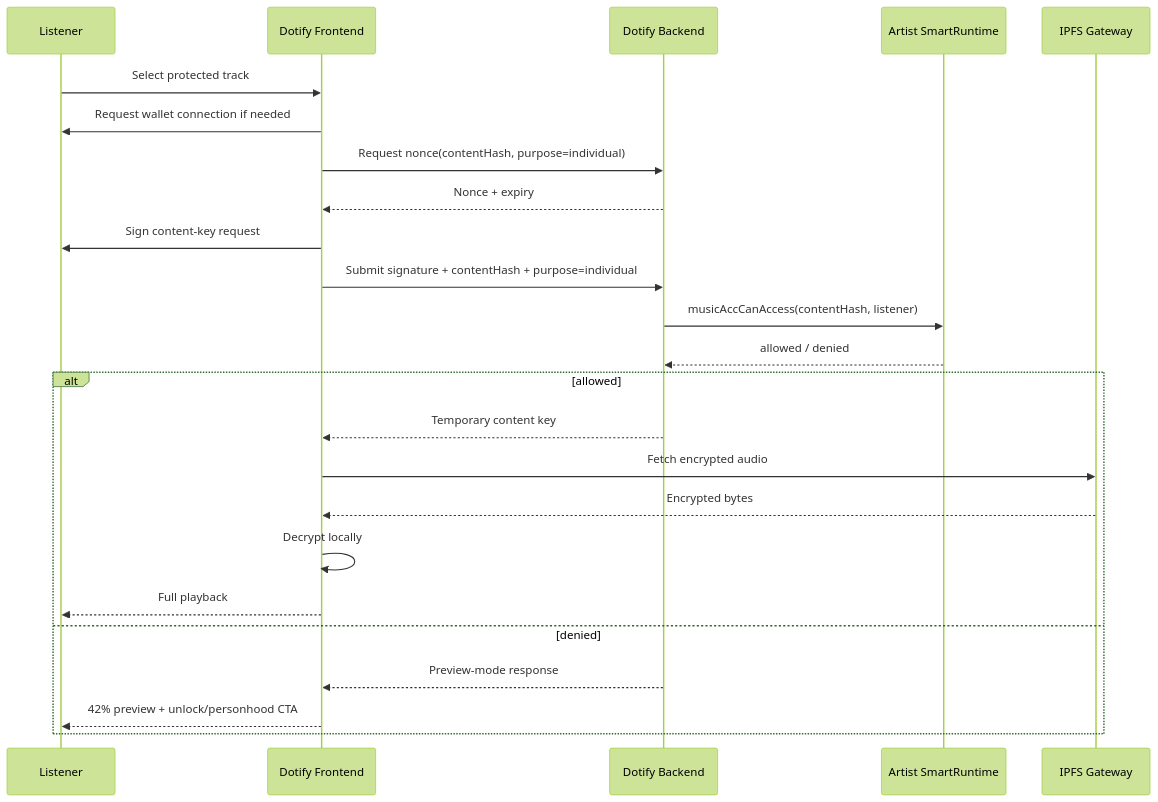
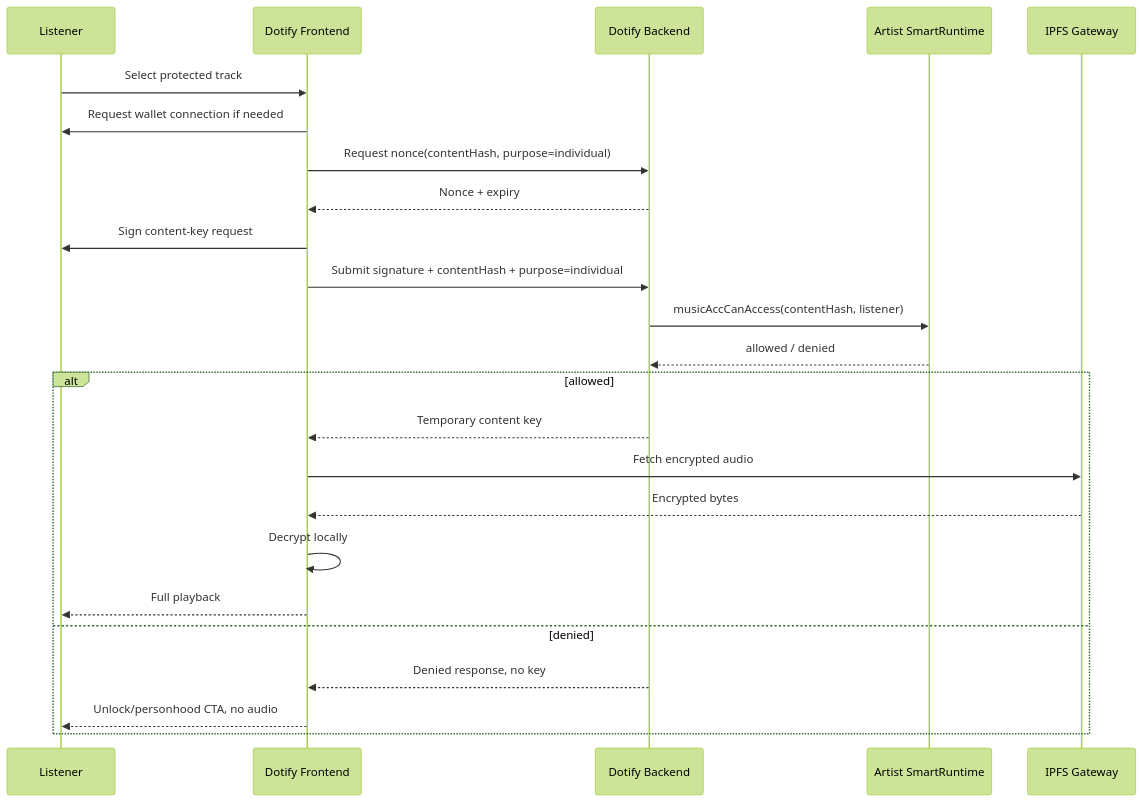
The first of 5 diagrams in docs/product/ux-signature-flows.md (knzeng-e/dotify), drawn with Mermaid (forest theme) before and after one commit. The commit also changed other lines of this file and 16 other files, not shown here.

````diff
--- a/docs/product/ux-signature-flows.md
+++ b/docs/product/ux-signature-flows.md
@@ -29,27 +30,27 @@
 ```mermaid
 sequenceDiagram
   participant L as Listener
   participant UI as Dotify Frontend
   participant API as Dotify Backend
   participant RT as Artist SmartRuntime
   participant IPFS as IPFS Gateway
 
   L->>UI: Select protected track
   UI->>L: Request wallet connection if needed
   UI->>API: Request nonce(contentHash, purpose=individual)
   API-->>UI: Nonce + expiry
   UI->>L: Sign content-key request
   UI->>API: Submit signature + contentHash + purpose=individual
   API->>RT: musicAccCanAccess(contentHash, listener)
   RT-->>API: allowed / denied
   alt allowed
     API-->>UI: Temporary content key
     UI->>IPFS: Fetch encrypted audio
     IPFS-->>UI: Encrypted bytes
     UI->>UI: Decrypt locally
     UI-->>L: Full playback
   else denied
-    API-->>UI: Preview-mode response
-    UI-->>L: 42% preview + unlock/personhood CTA
+    API-->>UI: Denied response, no key
+    UI-->>L: Unlock/personhood CTA, no audio
   end
 ```
````
